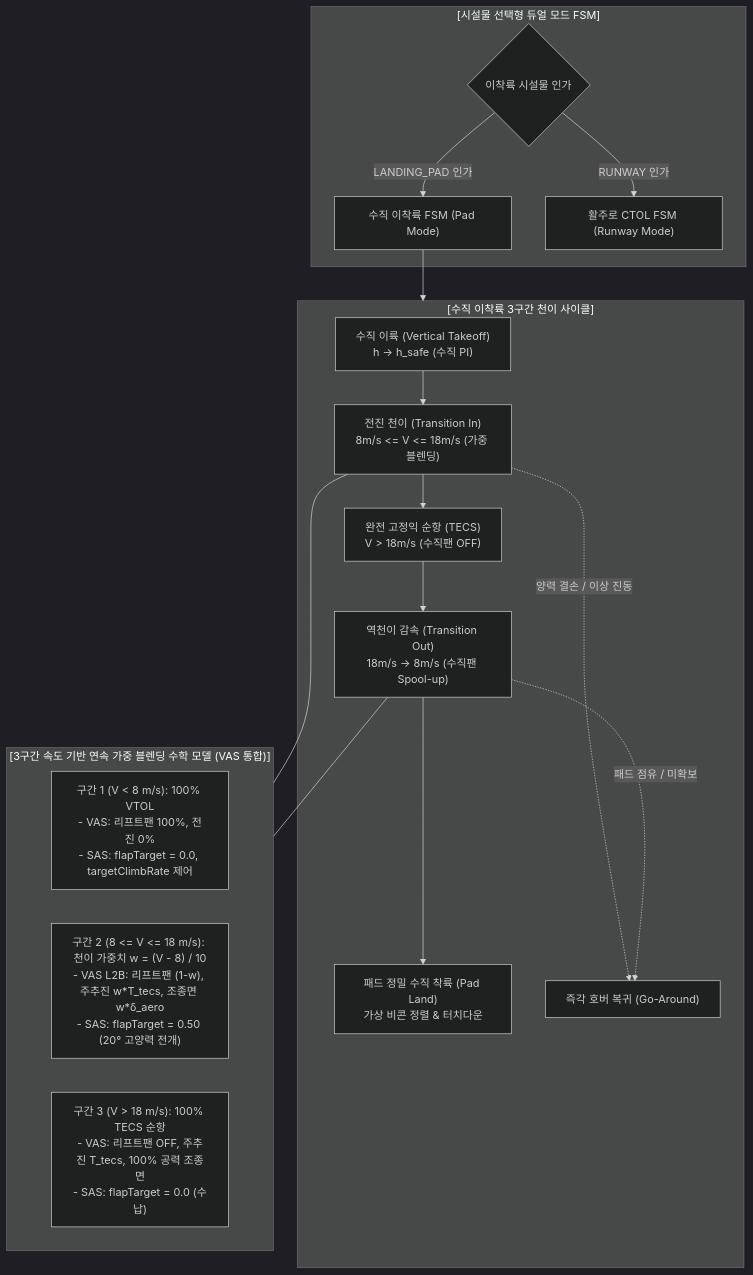
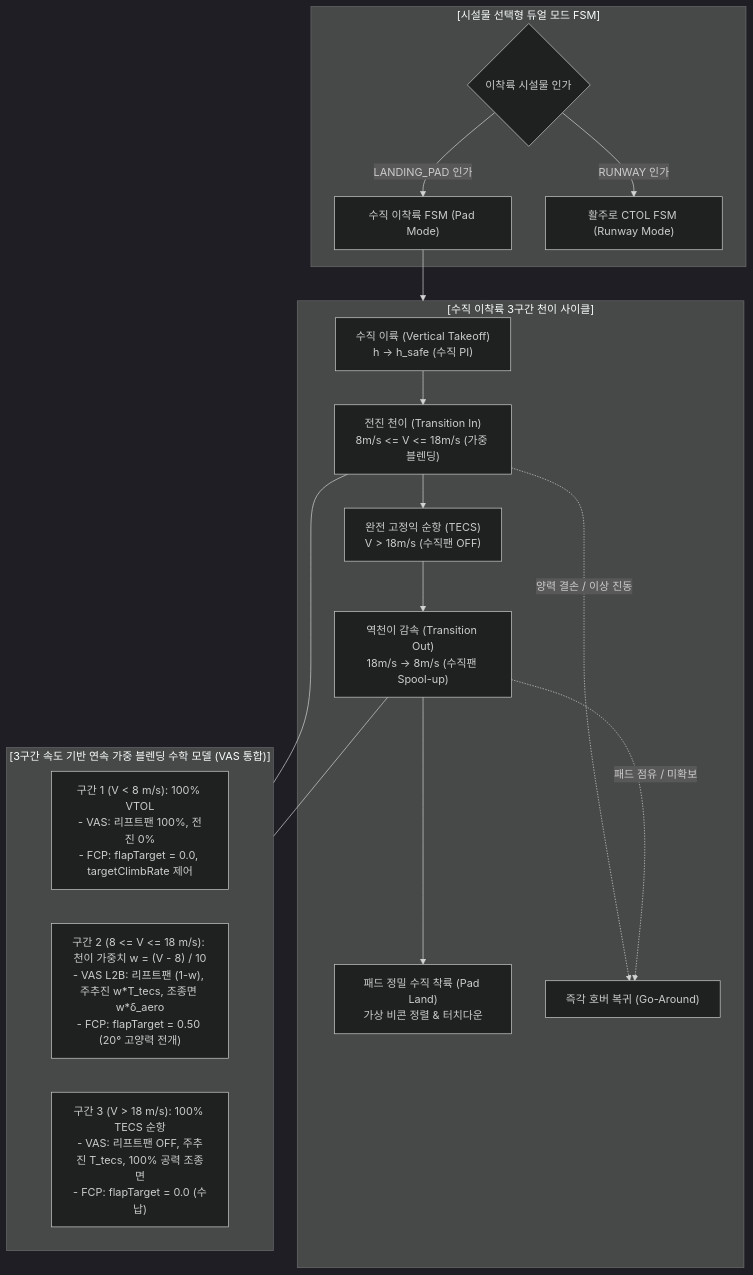
Before and after one commit to Polimachi/Aeroneutics_Autopilot: the sixth of 11 diagrams in docs/specs/2_guidance/fcp/FCP_PROGRAM_SPECIFICATION.md, drawn with Mermaid (dark theme). The commit also changed other lines of this file and 3 other files, not shown here.

````diff
--- a/docs/specs/2_guidance/fcp/FCP_PROGRAM_SPECIFICATION.md
+++ b/docs/specs/2_guidance/fcp/FCP_PROGRAM_SPECIFICATION.md
@@ -431,28 +432,28 @@
 ```mermaid
 flowchart TD
     subgraph DUAL_MODE["[시설물 선택형 듀얼 모드 FSM]"]
         SEL{"이착륙 시설물 인가"}
         SEL -- "LANDING_PAD 인가" --> VTOL_OP["수직 이착륙 FSM (Pad Mode)"]
         SEL -- "RUNWAY 인가" --> CTOL_OP["활주로 CTOL FSM (Runway Mode)"]
     end
 
     subgraph VTOL_CYCLE["[수직 이착륙 3구간 천이 사이클]"]
         HOVER_TO["수직 이륙 (Vertical Takeoff)<br/>h -> h_safe (수직 PI)"] --> TRANS_IN["전진 천이 (Transition In)<br/>8m/s <= V <= 18m/s (가중 블렌딩)"]
         TRANS_IN --> CRUISE_W["완전 고정익 순항 (TECS)<br/>V > 18m/s (수직팬 OFF)"]
         CRUISE_W --> TRANS_OUT["역천이 감속 (Transition Out)<br/>18m/s -> 8m/s (수직팬 Spool-up)"]
         TRANS_OUT --> HOVER_LND["패드 정밀 수직 착륙 (Pad Land)<br/>가상 비콘 정렬 & 터치다운"]
         
         TRANS_IN -.->|"양력 결손 / 이상 진동"| ABORT_HOVER["즉각 호버 복귀 (Go-Around)"]
         TRANS_OUT -.->|"패드 점유 / 미확보"| ABORT_HOVER
     end
 
     subgraph BLENDING_LOGIC["[3구간 속도 기반 연속 가중 블렌딩 수학 모델 (VAS 통합)]"]
-        V1["구간 1 (V < 8 m/s): 100% VTOL<br/>- VAS: 리프트팬 100%, 전진 0%<br/>- SAS: flapTarget = 0.0, targetClimbRate 제어"]
-        V2["구간 2 (8 <= V <= 18 m/s): 천이 가중치 w = (V - 8) / 10<br/>- VAS L2B: 리프트팬 (1-w), 주추진 w*T_tecs, 조종면 w*δ_aero<br/>- SAS: flapTarget = 0.50 (20° 고양력 전개)"]
-        V3["구간 3 (V > 18 m/s): 100% TECS 순항<br/>- VAS: 리프트팬 OFF, 주추진 T_tecs, 100% 공력 조종면<br/>- SAS: flapTarget = 0.0 (수납)"]
+        V1["구간 1 (V < 8 m/s): 100% VTOL<br/>- VAS: 리프트팬 100%, 전진 0%<br/>- FCP: flapTarget = 0.0, targetClimbRate 제어"]
+        V2["구간 2 (8 <= V <= 18 m/s): 천이 가중치 w = (V - 8) / 10<br/>- VAS L2B: 리프트팬 (1-w), 주추진 w*T_tecs, 조종면 w*δ_aero<br/>- FCP: flapTarget = 0.50 (20° 고양력 전개)"]
+        V3["구간 3 (V > 18 m/s): 100% TECS 순항<br/>- VAS: 리프트팬 OFF, 주추진 T_tecs, 100% 공력 조종면<br/>- FCP: flapTarget = 0.0 (수납)"]
     end
 
     VTOL_OP --> VTOL_CYCLE
     TRANS_IN --- BLENDING_LOGIC
     TRANS_OUT --- BLENDING_LOGIC
 ```
````
